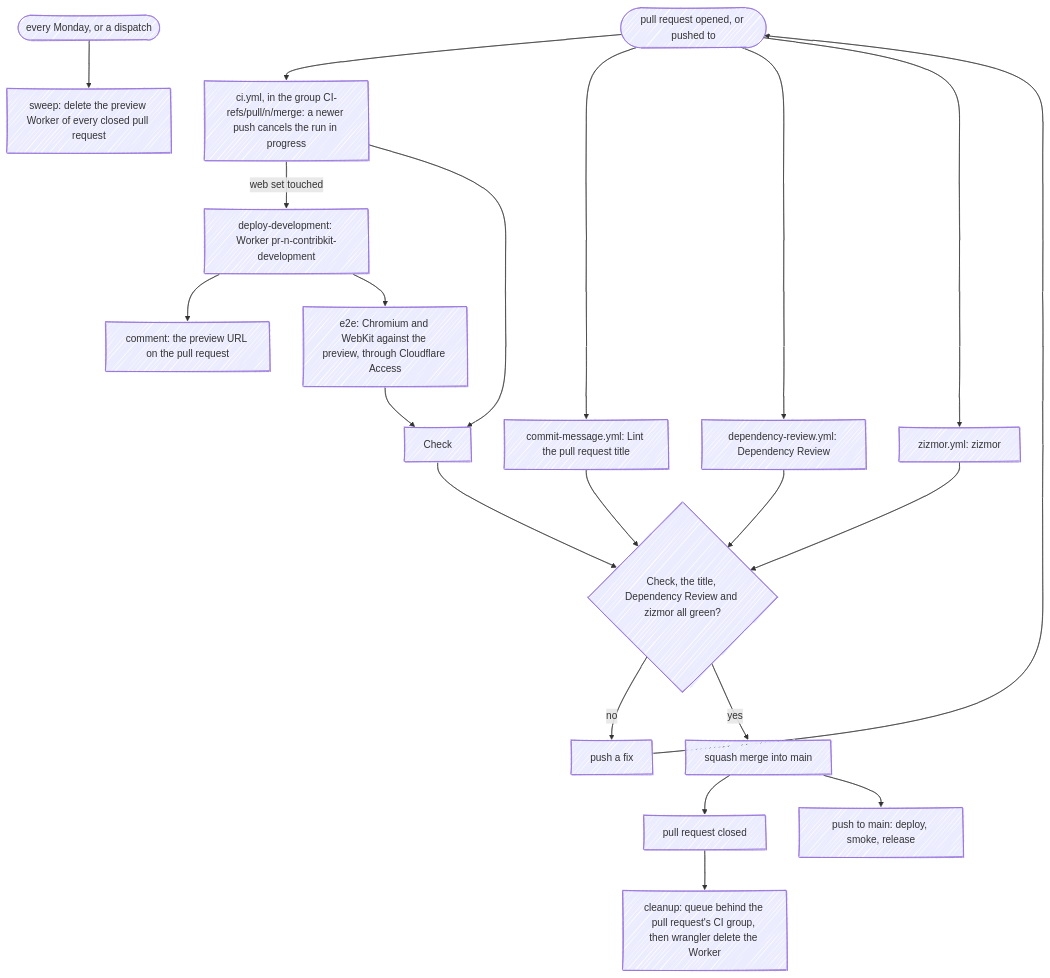
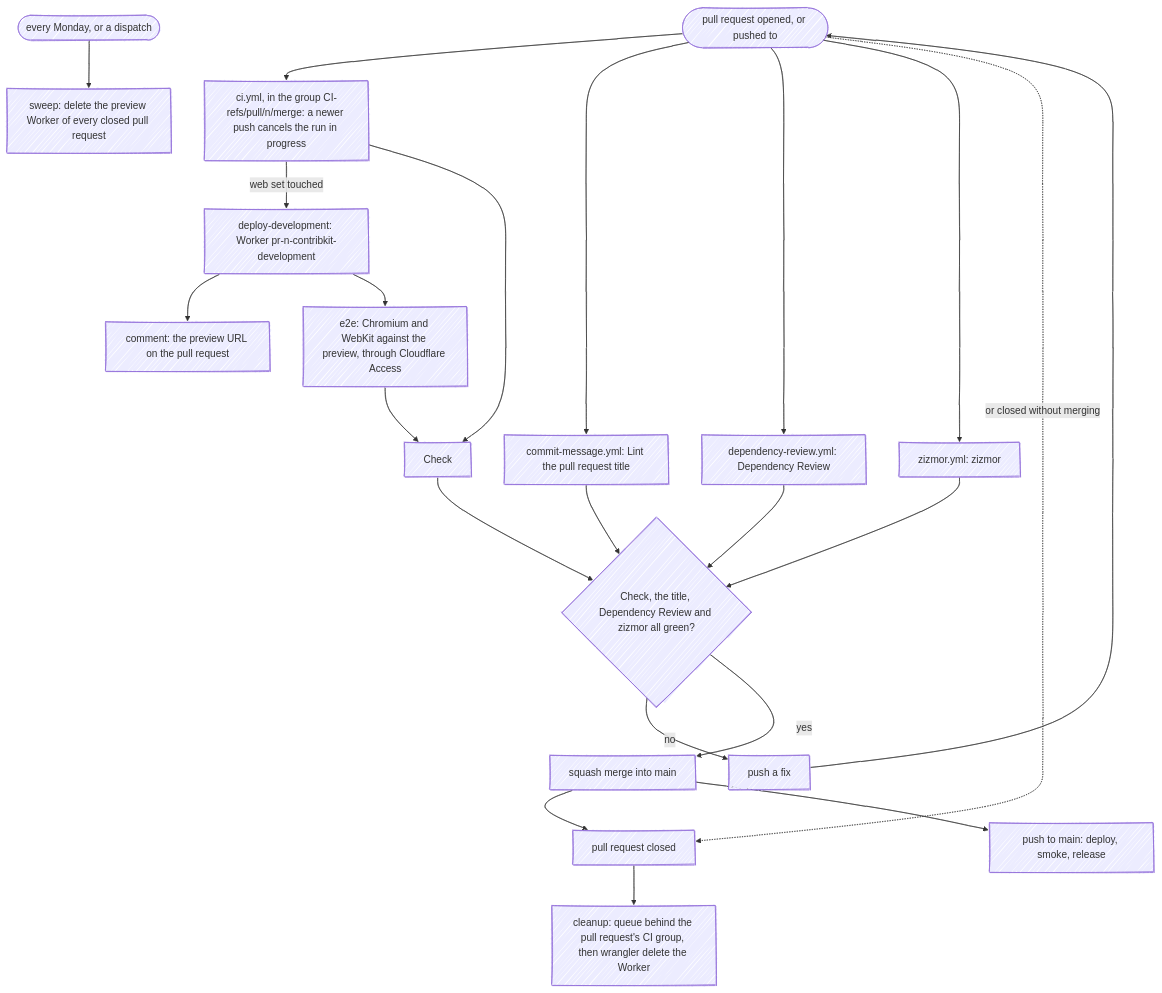
One commit to fbuireu/contribKit changed the fourth of 4 diagrams in docs/wiki/CI-CD.md. Above: the diagram before and after it, drawn with Mermaid. The commit also changed other lines of this file and 8 other files, not shown here.

First line of the commit message:
docs: draw the layer map, CI, hook, middleware and cache diagrams as the code has them

````diff
--- a/docs/wiki/CI-CD.md
+++ b/docs/wiki/CI-CD.md
@@ -282,28 +283,29 @@
 ```mermaid
 ---
 config:
   look: handDrawn
   layout: dagre
 ---
 flowchart TD
     open(["pull request opened, or pushed to"]) --> ci["ci.yml, in the group CI-refs/pull/n/merge: a newer push cancels the run in progress"]
     open --> title["commit-message.yml: Lint the pull request title"]
     open --> review["dependency-review.yml: Dependency Review"]
     open --> zizmor["zizmor.yml: zizmor"]
     ci -->|"web set touched"| preview["deploy-development: Worker pr-n-contribkit-development"]
     preview --> comment["comment: the preview URL on the pull request"]
     preview --> e2e["e2e: Chromium and WebKit against the preview, through Cloudflare Access"]
     ci --> check["Check"]
     e2e --> check
     check --> gate{"Check, the title, Dependency Review and zizmor all green?"}
     title --> gate
     review --> gate
     zizmor --> gate
     gate -->|"no"| fix["push a fix"]
     fix --> open
     gate -->|"yes"| merge["squash merge into main"]
     merge --> closed["pull request closed"]
+    open -. "or closed without merging" .-> closed
     closed --> cleanup["cleanup: queue behind the pull request's CI group, then wrangler delete the Worker"]
     merge --> push["push to main: deploy, smoke, release"]
     weekly(["every Monday, or a dispatch"]) --> sweep["sweep: delete the preview Worker of every closed pull request"]
 ```
````
